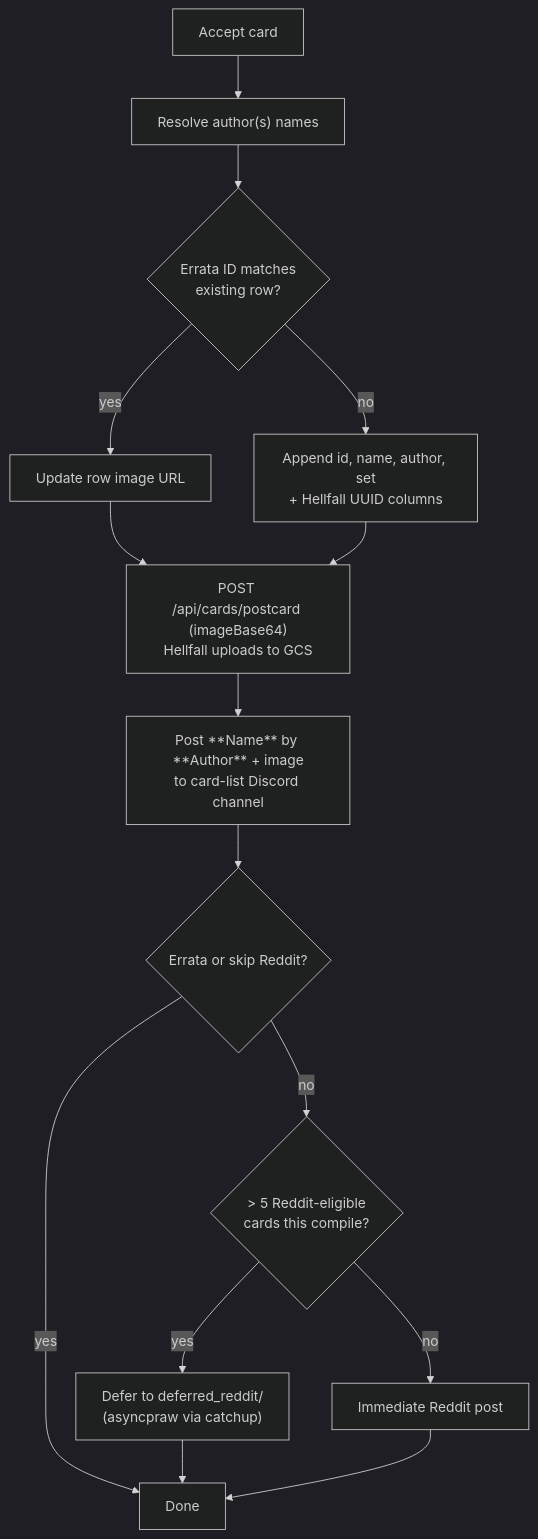
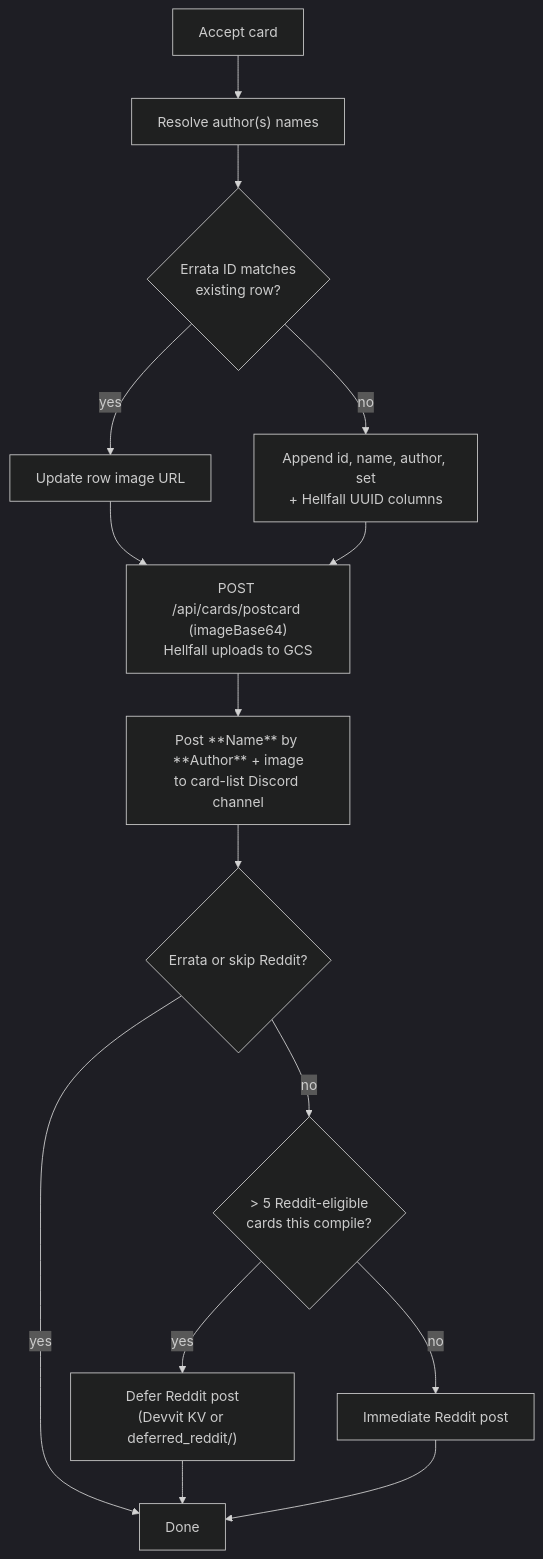
The first of 3 diagrams in docs/card-flows/acceptance.md (bones-bones/mork), drawn with Mermaid (dark theme) before and after one commit. The commit also changed other lines of this file and 36 other files, not shown here.

First line of the commit message:
Devvit deferred redditcatchup queue (#178)

````diff
--- a/docs/card-flows/acceptance.md
+++ b/docs/card-flows/acceptance.md
@@ -9,19 +9,19 @@
 ```mermaid
 flowchart TD
   IN["Accept card"] --> RES["Resolve author(s) names"]
   RES --> ROW{"Errata ID matches<br/>existing row?"}
   ROW -->|yes| UPD["Update row image URL"]
   ROW -->|no| NEW["Append id, name, author, set<br/>+ Hellfall UUID columns"]
 
   UPD --> IMG
   NEW --> IMG
   IMG["POST /api/cards/postcard (imageBase64)<br/>Hellfall uploads to GCS"]
   IMG --> CL["Post **Name** by **Author** + image<br/>to card-list Discord channel"]
   CL --> RD{"Errata or skip Reddit?"}
   RD -->|yes| DONE["Done"]
   RD -->|no| BATCH{"> 5 Reddit-eligible<br/>cards this compile?"}
-  BATCH -->|yes| DEF["Defer to deferred_reddit/<br/>(asyncpraw via catchup)"]
+  BATCH -->|yes| DEF["Defer Reddit post<br/>(Devvit KV or deferred_reddit/)"]
   BATCH -->|no| IMM["Immediate Reddit post"]
   DEF --> DONE
   IMM --> DONE
 ```
````
